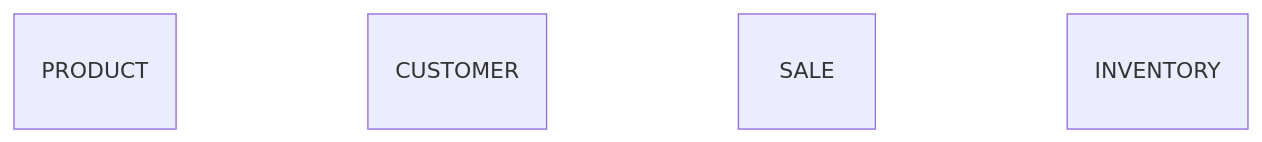
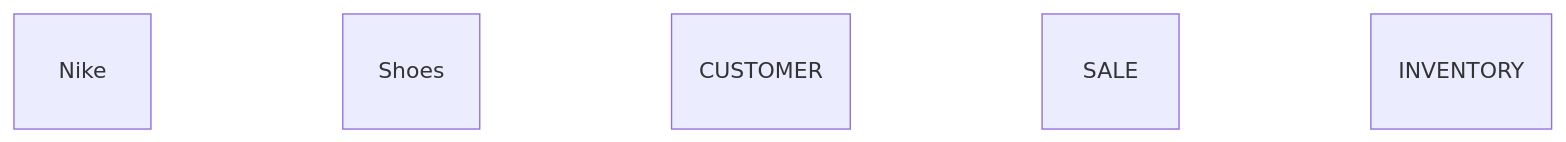
One commit to KPicket/KPicket.github.io changed the diagram in NikeStore_ERD.md. Above: the diagram before and after it, drawn with Mermaid.

````diff
--- a/NikeStore_ERD.md
+++ b/NikeStore_ERD.md
@@ -1,11 +1,11 @@
 ```mermaid
 erDiagram
-PRODUCT {
+Nike Shoes {
 }
 CUSTOMER {
 }
 SALE {
 }
 INVENTORY {
 }
 ```
````
